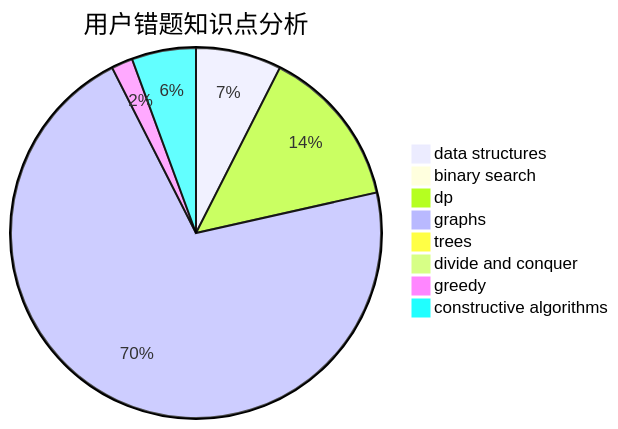
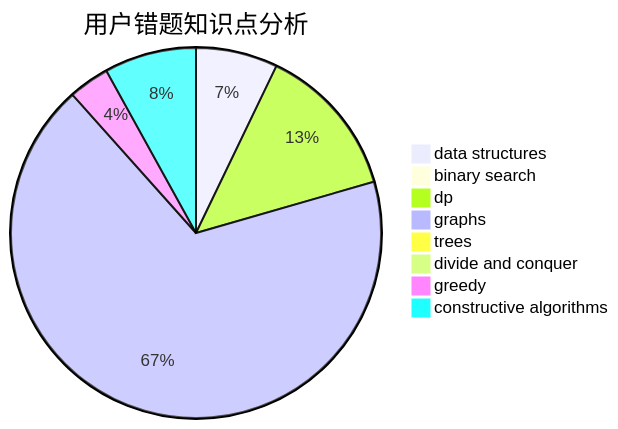
The third of 3 diagrams in docs/user/u2039.md (sherpahu/cfrs.github.io), drawn with Mermaid before and after one commit. The commit also changed other lines of this file and 2770 other files, not shown here.

````diff
--- a/docs/user/u2039.md
+++ b/docs/user/u2039.md
@@ -36,11 +36,11 @@
 ```mermaid
 pie title 用户错题知识点分析
     "data structures" :  8
-    "binary search" :  0
+    "binary search" :  1
     "dp" :  15
     "graphs" :  76
     "trees" :  1
     "divide and conquer" :  0
-    "greedy" :  2
-    "constructive algorithms" :  6
+    "greedy" :  4
+    "constructive algorithms" :  9
 ```
````
